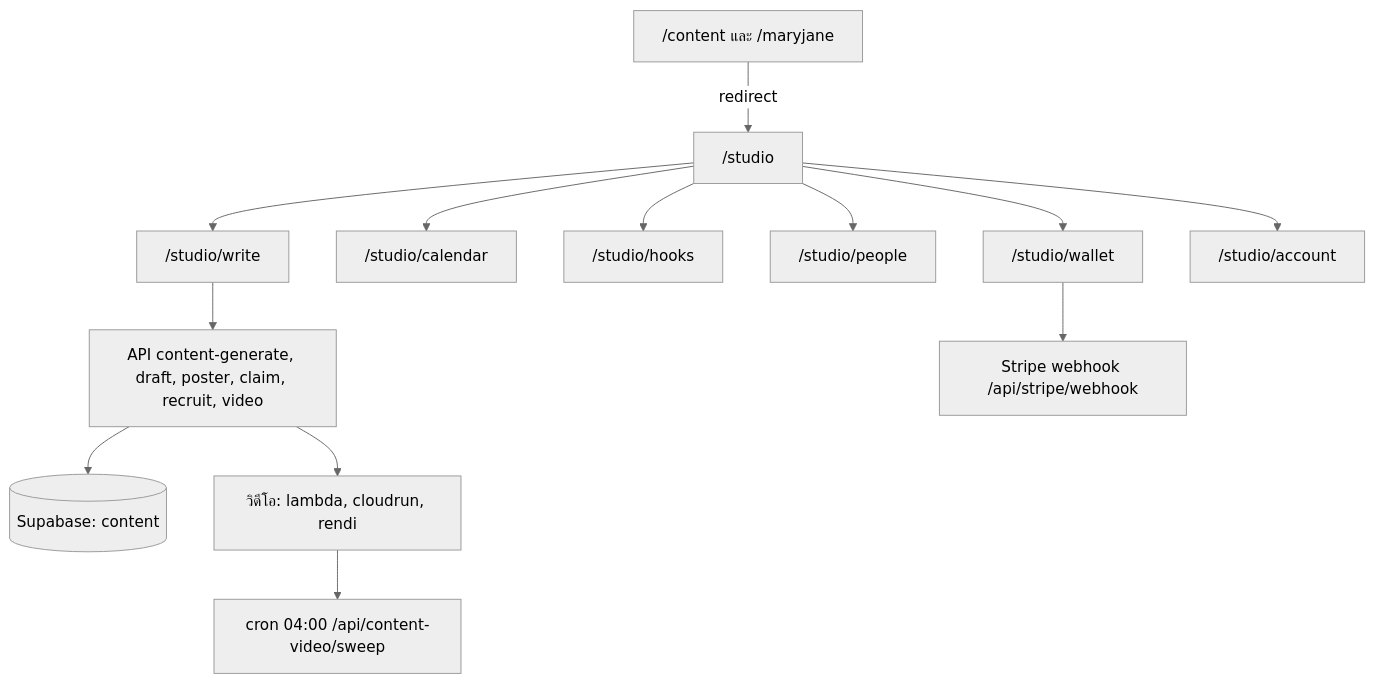
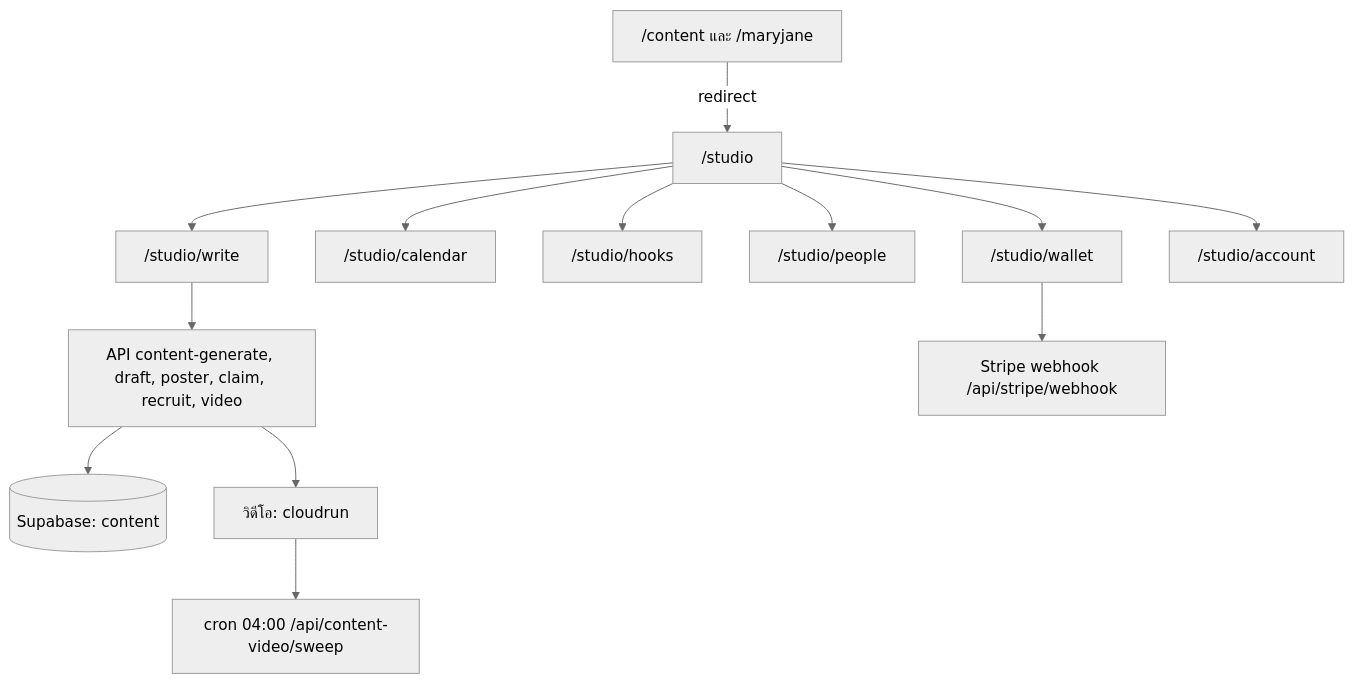
Before and after one commit to pheerapatpisitdev/advisortoolapp: the fourth of 6 diagrams in docs/workflow-flowchart.md, drawn with Mermaid (neutral theme). The commit also changed 64 other files, not shown here.

First line of the commit message:
feat(video): remove Rendi, AWS Lambda and Shotstack; Google Cloud Run is the only cutter (owner)

````diff
--- a/docs/workflow-flowchart.md
+++ b/docs/workflow-flowchart.md
@@ -54,15 +54,15 @@
 ```mermaid
 flowchart TD
   studio["/studio"] --> write["/studio/write"]
   studio --> cal["/studio/calendar"]
   studio --> hooks["/studio/hooks"]
   studio --> people["/studio/people"]
   studio --> wallet["/studio/wallet"]
   studio --> account["/studio/account"]
   write --> gen["API content-generate, draft, poster, claim, recruit, video"]
   gen --> db[("Supabase: content")]
-  gen --> video["วิดีโอ: lambda, cloudrun, rendi"]
+  gen --> video["วิดีโอ: cloudrun"]
   video --> sweep["cron 04:00 /api/content-video/sweep"]
   contentOld["/content และ /maryjane"] -->|redirect| studio
   wallet --> stripe["Stripe webhook /api/stripe/webhook"]
 ```
````
